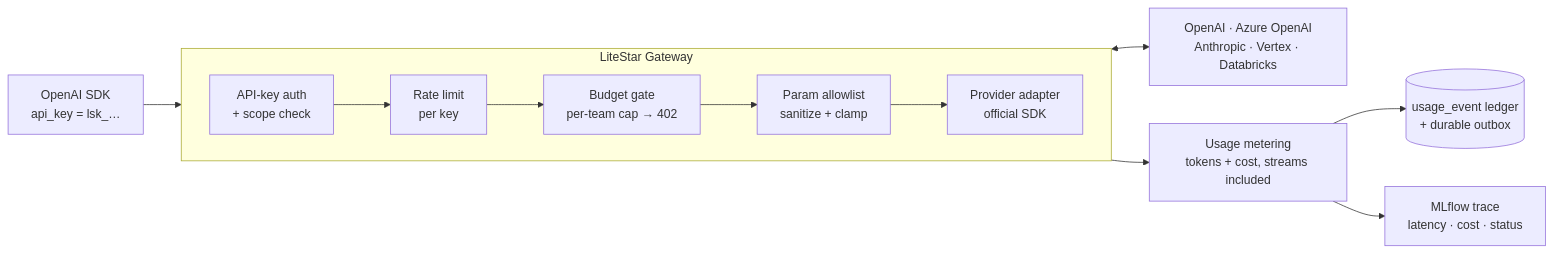
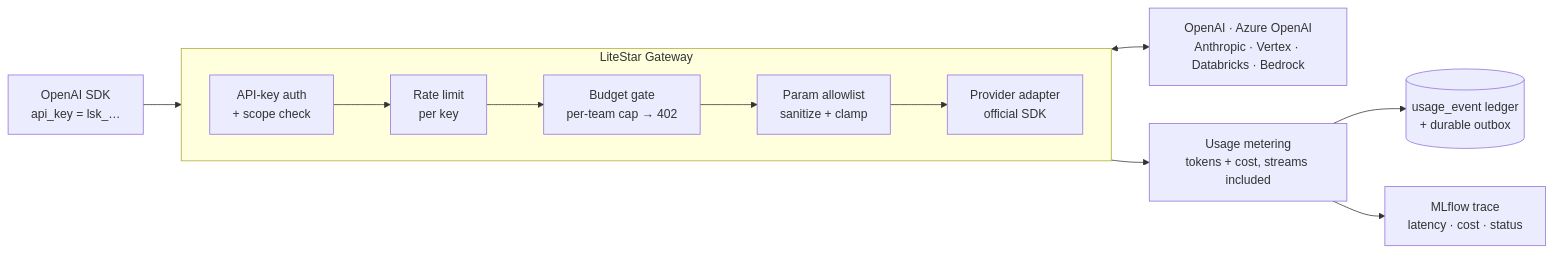
Before and after one commit to carlo99999/LiteStarGateway: the first of 2 diagrams in README.md, drawn with Mermaid. The commit also changed other lines of this file and 10 other files, not shown here.

````diff
--- a/README.md
+++ b/README.md
@@ -45,18 +45,18 @@
 ```mermaid
 flowchart LR
     Client["OpenAI SDK<br/>api_key = lsk_…"] --> Auth
 
     subgraph Gateway["LiteStar Gateway"]
         direction LR
         Auth["API-key auth<br/>+ scope check"] --> RateLimit["Rate limit<br/>per key"]
         RateLimit --> Budget["Budget gate<br/>per-team cap → 402"]
         Budget --> Policy["Param allowlist<br/>sanitize + clamp"]
         Policy --> Adapter["Provider adapter<br/>official SDK"]
     end
 
-    Adapter <--> Providers["OpenAI · Azure OpenAI<br/>Anthropic · Vertex · Databricks"]
+    Adapter <--> Providers["OpenAI · Azure OpenAI<br/>Anthropic · Vertex · Databricks · Bedrock"]
 
     Adapter --> Meter["Usage metering<br/>tokens + cost, streams included"]
     Meter --> Ledger[("usage_event ledger<br/>+ durable outbox")]
     Meter --> Trace["MLflow trace<br/>latency · cost · status"]
 ```
````
